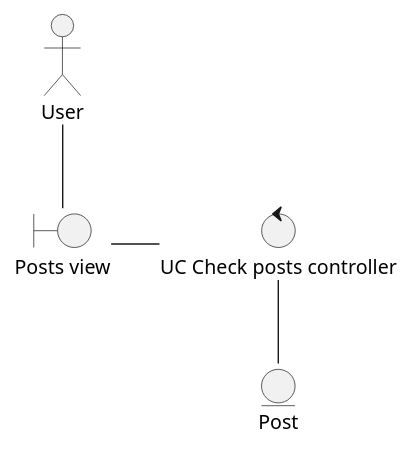
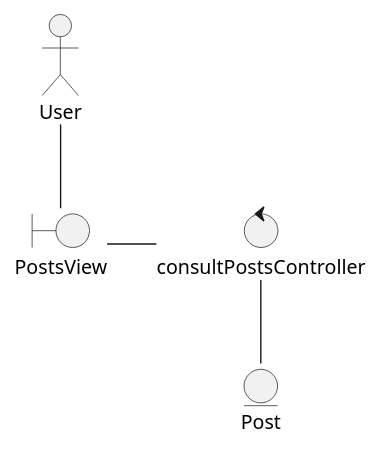
Before and after one commit to Dayannis-07/ING_SOFT: the diagram in docs/scenariosView/analysisClassDiagram/useCase-ConsultarPublicaciones.puml, drawn with PlantUML. The commit also changed 11 other files, not shown here.

Commit message:
corrections collaboration Diagram & classDiagram

```diff
--- a/docs/scenariosView/analysisClassDiagram/useCase-ConsultarPublicaciones.puml
+++ b/docs/scenariosView/analysisClassDiagram/useCase-ConsultarPublicaciones.puml
@@ -1,9 +1,9 @@
 @startuml consultar publicaciones
 actor User
-boundary "Posts view" as view
+boundary "PostsView" as view
 User--view 
-control "UC Check posts controller" as controller
+control "consultPostsController" as controller
 view-r-controller 
 entity "Post" as P
 controller--P 
 @enduml
```
